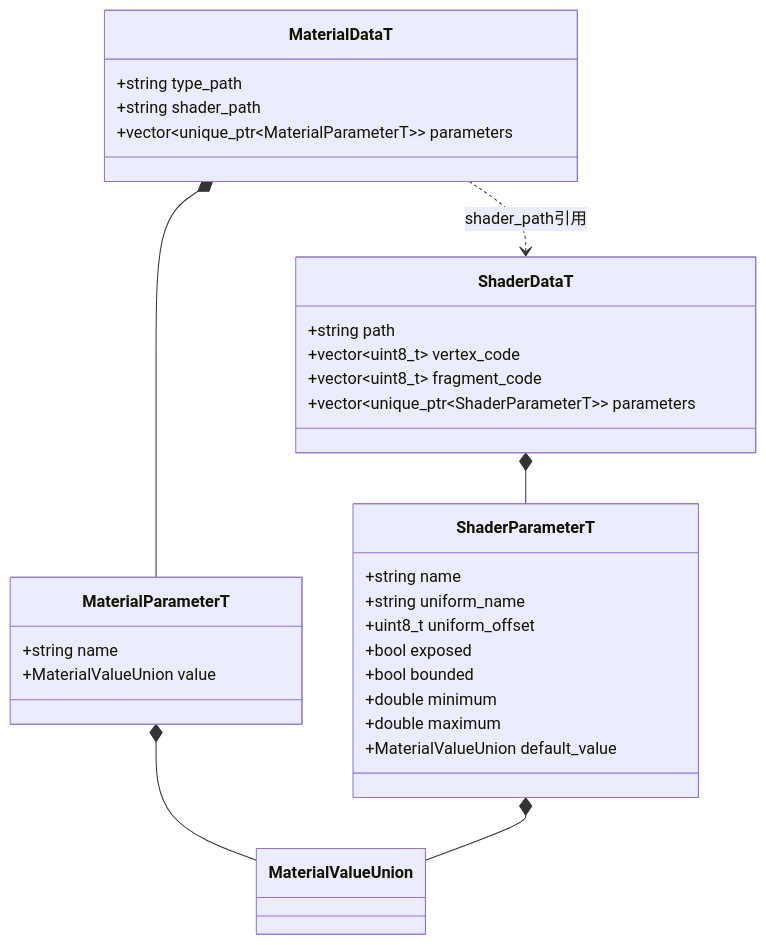
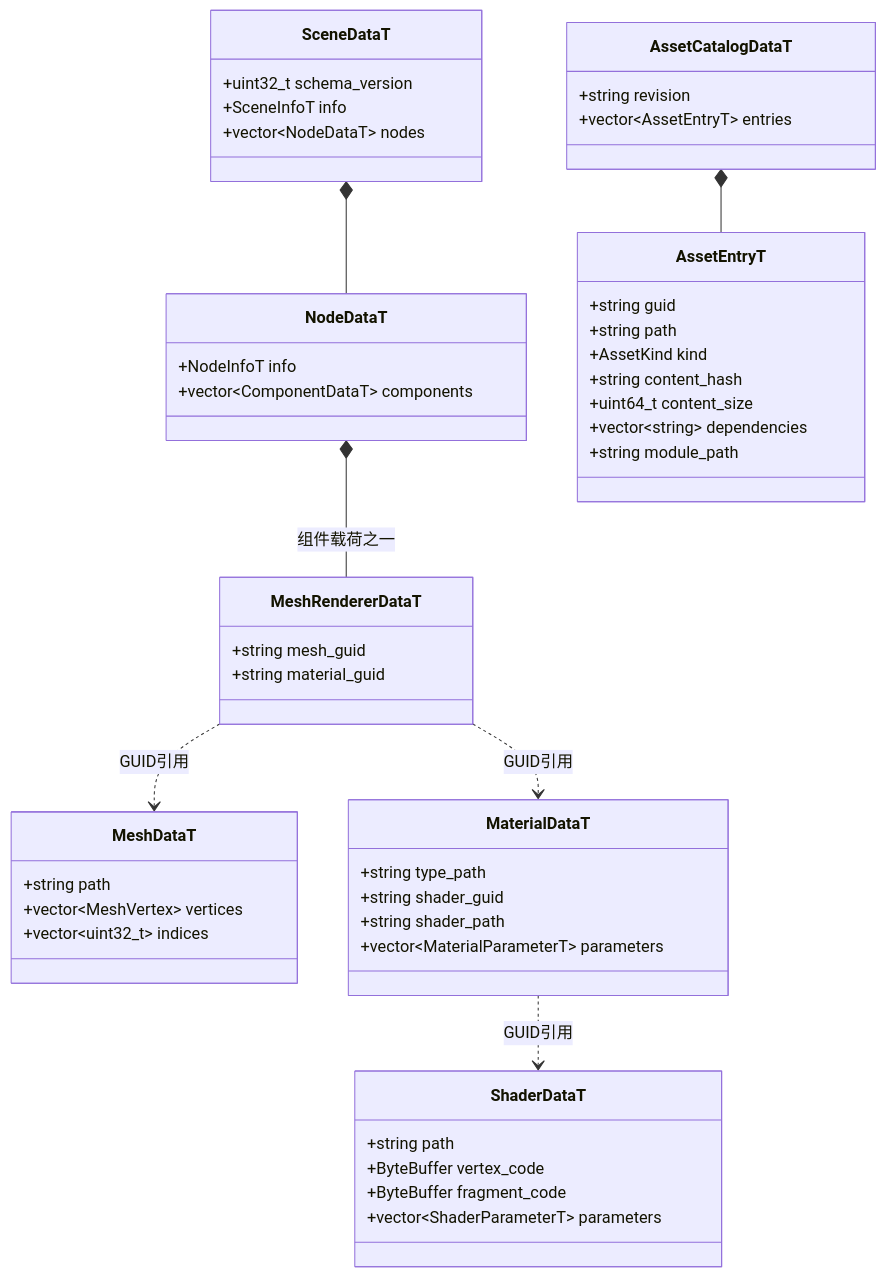
One commit to lcals/Engine changed the diagram in docs/runtime/class-diagrams/scene-data.md. Above: the diagram before and after it, drawn with Mermaid. The commit also changed other lines of this file and 114 other files, not shown here.

Commit message:
feat: add GUID asset pipeline and full resource synchronization

````diff
--- a/docs/runtime/class-diagrams/scene-data.md
+++ b/docs/runtime/class-diagrams/scene-data.md
@@ -53,34 +7,52 @@
 ```mermaid
 classDiagram
+    class SceneDataT {
+        +uint32_t schema_version
+        +SceneInfoT info
+        +vector~NodeDataT~ nodes
+    }
+    class NodeDataT {
+        +NodeInfoT info
+        +vector~ComponentDataT~ components
+    }
+    class MeshRendererDataT {
+        +string mesh_guid
+        +string material_guid
+    }
+    class MeshDataT {
+        +string path
+        +vector~MeshVertex~ vertices
+        +vector~uint32_t~ indices
+    }
     class MaterialDataT {
         +string type_path
+        +string shader_guid
         +string shader_path
-        +vector~unique_ptr~MaterialParameterT~~ parameters
-    }
-    class MaterialParameterT {
-        +string name
-        +MaterialValueUnion value
+        +vector~MaterialParameterT~ parameters
     }
     class ShaderDataT {
         +string path
-        +vector~uint8_t~ vertex_code
-        +vector~uint8_t~ fragment_code
-        +vector~unique_ptr~ShaderParameterT~~ parameters
+        +ByteBuffer vertex_code
+        +ByteBuffer fragment_code
+        +vector~ShaderParameterT~ parameters
     }
-    class ShaderParameterT {
-        +string name
-        +string uniform_name
-        +uint8_t uniform_offset
-        +bool exposed
-        +bool bounded
-        +double minimum
-        +double maximum
-        +MaterialValueUnion default_value
+    class AssetCatalogDataT {
+        +string revision
+        +vector~AssetEntryT~ entries
     }
-    class MaterialValueUnion
-    MaterialDataT *-- MaterialParameterT
-    MaterialDataT ..> ShaderDataT : shader_path引用
-    ShaderDataT *-- ShaderParameterT
-    MaterialParameterT *-- MaterialValueUnion
-    ShaderParameterT *-- MaterialValueUnion
+    class AssetEntryT {
+        +string guid
+        +string path
+        +AssetKind kind
+        +string content_hash
+        +uint64_t content_size
+        +vector~string~ dependencies
+        +string module_path
+    }
+    SceneDataT *-- NodeDataT
+    NodeDataT *-- MeshRendererDataT : 组件载荷之一
+    MeshRendererDataT ..> MeshDataT : GUID引用
+    MeshRendererDataT ..> MaterialDataT : GUID引用
+    MaterialDataT ..> ShaderDataT : GUID引用
+    AssetCatalogDataT *-- AssetEntryT
 ```
````
